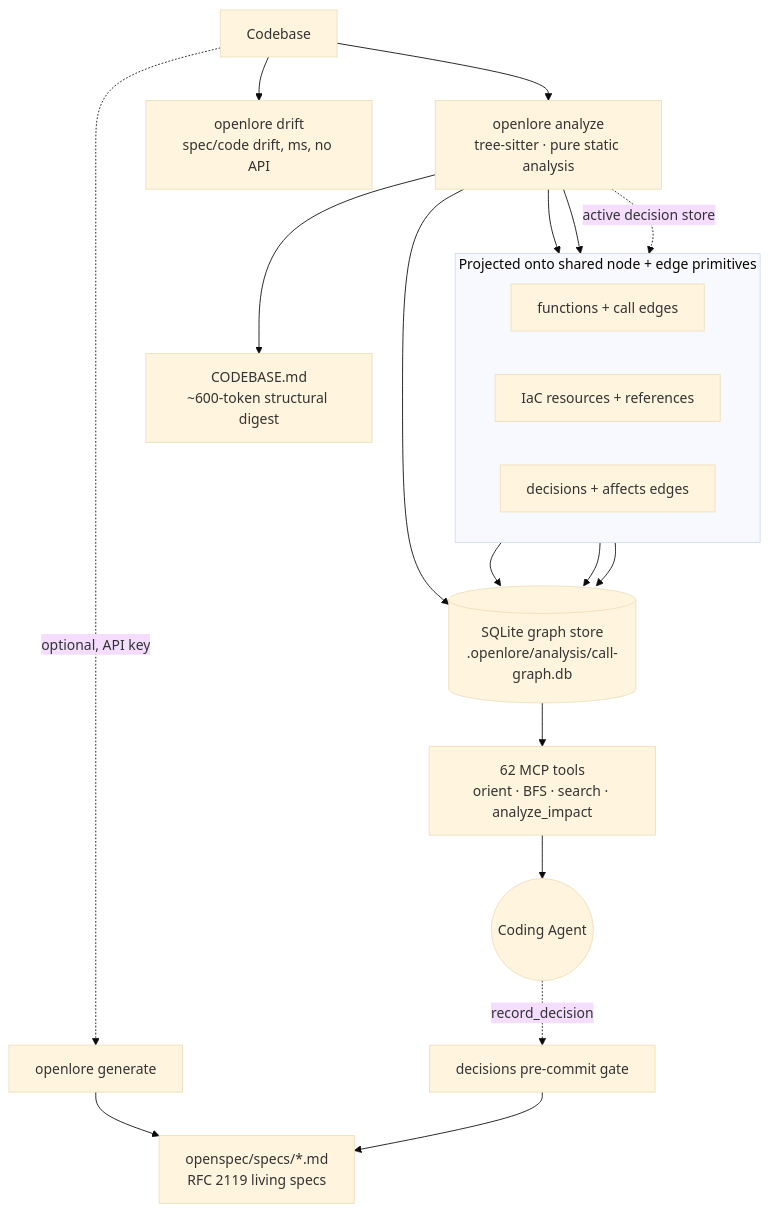
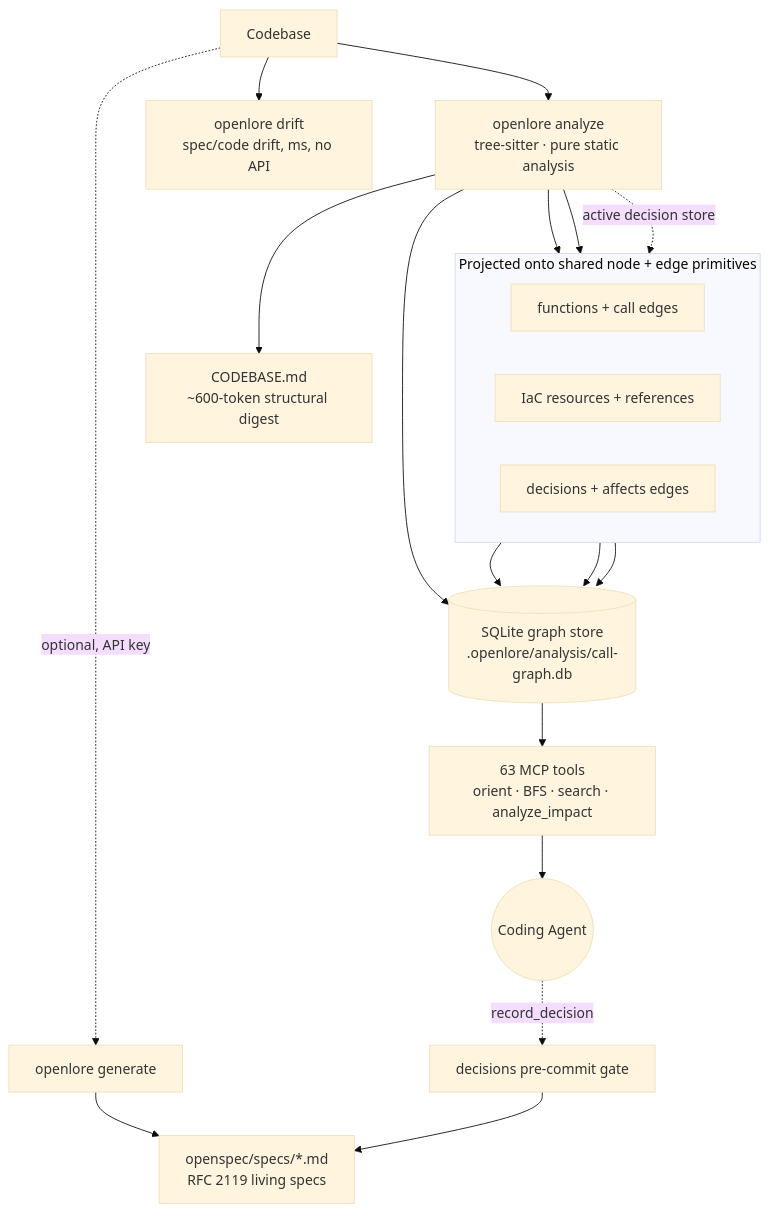
The first of 2 diagrams in README.md (a-shingel/OpenLore), drawn with Mermaid (base theme) before and after one commit. The commit also changed other lines of this file and 15 other files, not shown here.

````diff
--- a/README.md
+++ b/README.md
@@ -429,28 +429,28 @@
 ```mermaid
 flowchart TD
     Code[Codebase] --> Analyze[openlore analyze<br/>tree-sitter · pure static analysis]
     Analyze --> DB[(SQLite graph store<br/>.openlore/analysis/call-graph.db)]
     Analyze --> Digest[CODEBASE.md<br/>~600-token structural digest]
 
     subgraph shared["Projected onto shared node + edge primitives"]
       direction LR
       CodeNodes[functions + call edges]
       Iac[IaC resources + references]
       Dec[decisions + affects edges]
     end
     Analyze --> CodeNodes
     Analyze --> Iac
     Analyze -. active decision store .-> Dec
     CodeNodes --> DB
     Iac --> DB
     Dec --> DB
 
-    DB --> MCP[62 MCP tools<br/>orient · BFS · search · analyze_impact]
+    DB --> MCP[63 MCP tools<br/>orient · BFS · search · analyze_impact]
     MCP --> Agent((Coding Agent))
 
     Code -. optional, API key .-> Gen[openlore generate]
     Gen --> Specs[openspec/specs/*.md<br/>RFC 2119 living specs]
     Code --> Drift[openlore drift<br/>spec/code drift, ms, no API]
     Agent -. record_decision .-> Gate[decisions pre-commit gate]
     Gate --> Specs
 ```
````
